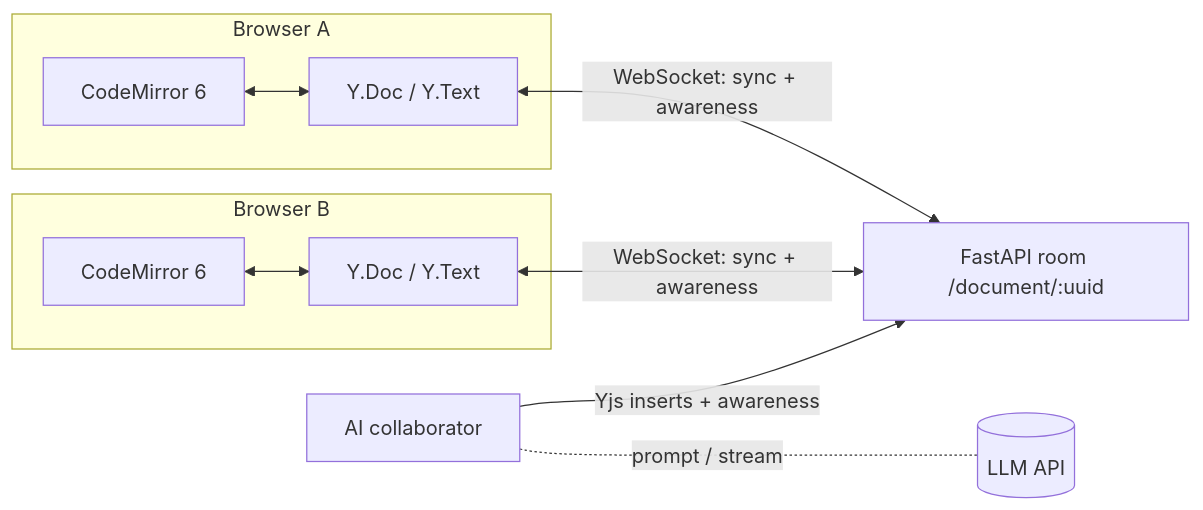
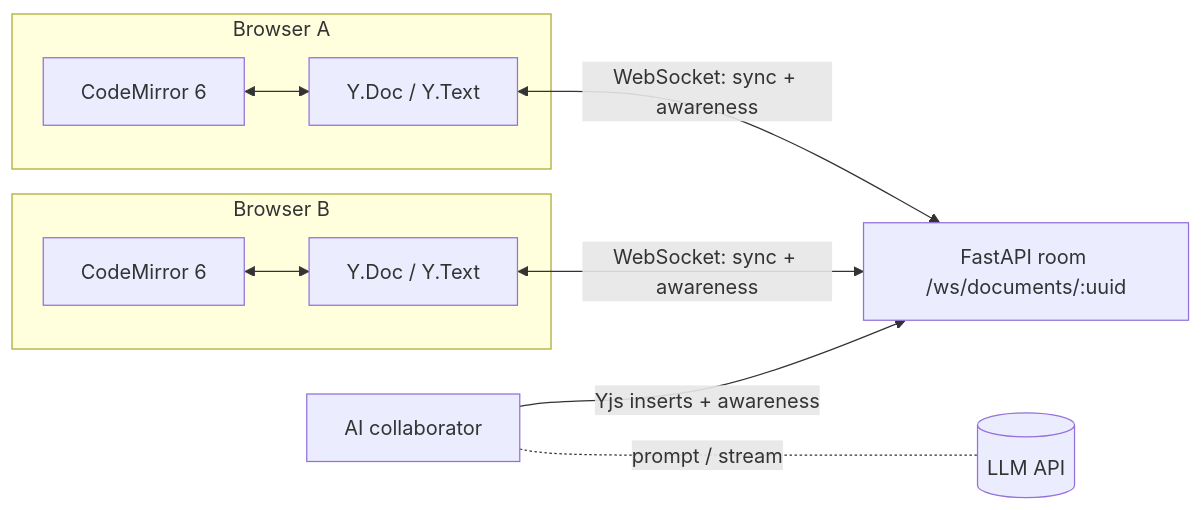
One commit to flaviogoetzlopez/dokuWriter changed the diagram in docs/architecture.md. Above: the diagram before and after it, drawn with Mermaid. The commit also changed other lines of this file and 3 other files, not shown here.

Commit message:
feat(backend): broadcast websocket messages within a document room

````diff
--- a/docs/architecture.md
+++ b/docs/architecture.md
@@ -11,13 +11,13 @@
 ```mermaid
 flowchart LR
   subgraph Browser A
     EA[CodeMirror 6] <--> YA[Y.Doc / Y.Text]
   end
   subgraph Browser B
     EB[CodeMirror 6] <--> YB[Y.Doc / Y.Text]
   end
-  YA <-- "WebSocket: sync + awareness" --> S[FastAPI room /document/:uuid]
+  YA <-- "WebSocket: sync + awareness" --> S[FastAPI room /ws/documents/:uuid]
   YB <-- "WebSocket: sync + awareness" --> S
   AI[AI collaborator] -- "Yjs inserts + awareness" --> S
   AI -. prompt / stream .- LLM[(LLM API)]
 ```
````
